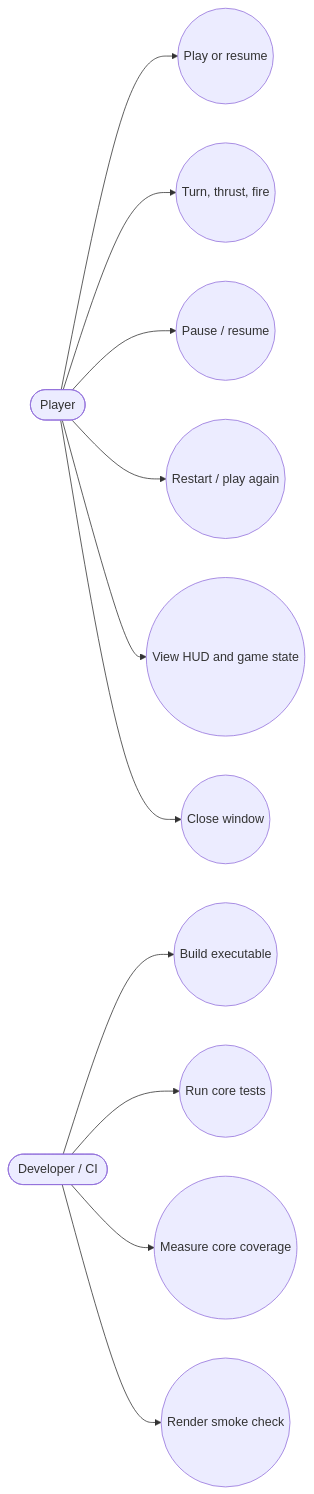
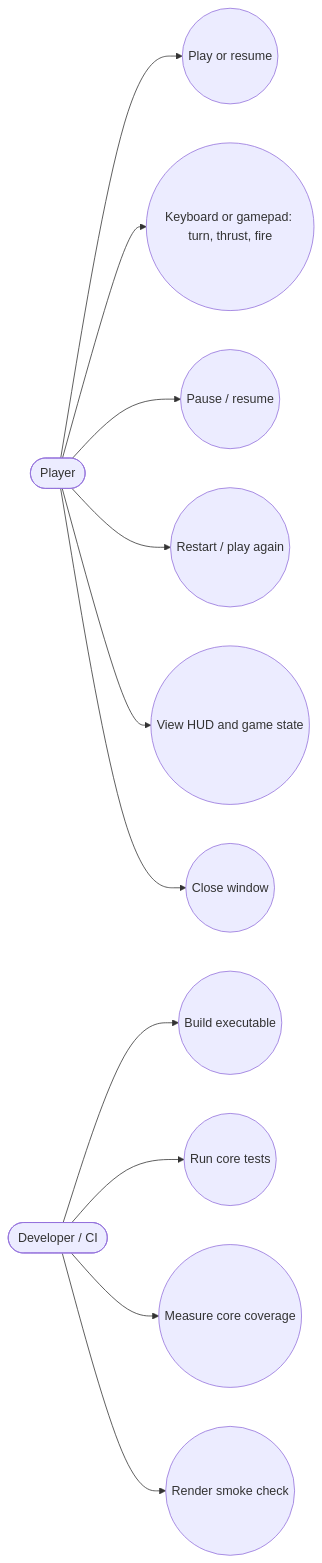
Before and after one commit to OMerkel/pebble_blaster: the fourth of 10 diagrams in doc/software_architecture.md, drawn with Mermaid. The commit also changed other lines of this file and 21 other files, not shown here.

First line of the commit message:
Add gamepad controls, diagnostics, and traceable requirements

````diff
--- a/doc/software_architecture.md
+++ b/doc/software_architecture.md
@@ -187,25 +275,25 @@
 ```mermaid
 flowchart LR
     Player([Player])
     Developer([Developer / CI])
     Play((Play or resume))
-    Controls((Turn, thrust, fire))
+    Controls((Keyboard or gamepad: turn, thrust, fire))
     Pause((Pause / resume))
     Restart((Restart / play again))
     Observe((View HUD and game state))
     Quit((Close window))
     Build((Build executable))
     Unit((Run core tests))
     Cov((Measure core coverage))
     Smoke((Render smoke check))
     Player --> Play
     Player --> Controls
     Player --> Pause
     Player --> Restart
     Player --> Observe
     Player --> Quit
     Developer --> Build
     Developer --> Unit
     Developer --> Cov
     Developer --> Smoke
 ```
````
